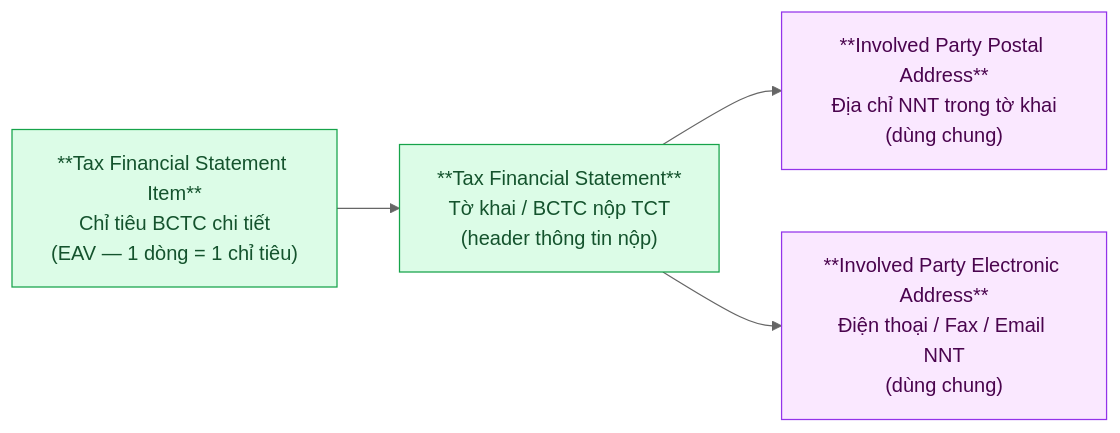
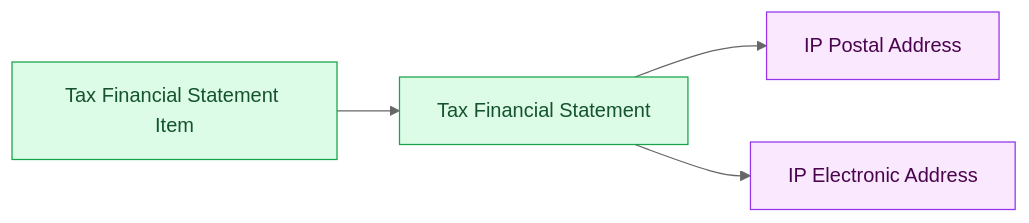
The fourth of 6 diagrams in Silver/hld/DCST_relationship_diagram.md (chien1198/ubck_atomic_design), drawn with Mermaid (neutral theme) before and after one commit. The commit also changed other lines of this file, not shown here.

````diff
--- a/Silver/hld/DCST_relationship_diagram.md
+++ b/Silver/hld/DCST_relationship_diagram.md
@@ -85,14 +87,14 @@
 ```mermaid
 graph LR
     classDef silver fill:#dcfce7,stroke:#16a34a,color:#14532d
     classDef shared fill:#fae8ff,stroke:#9333ea,color:#4a044e
 
-    TFS["**Tax Financial Statement**\nTờ khai / BCTC nộp TCT\n(header thông tin nộp)"]:::silver
-    TFSI["**Tax Financial Statement Item**\nChỉ tiêu BCTC chi tiết\n(EAV — 1 dòng = 1 chỉ tiêu)"]:::silver
-    ADDR2["**Involved Party Postal Address**\nĐịa chỉ NNT trong tờ khai\n(dùng chung)"]:::shared
-    EADDR2["**Involved Party Electronic Address**\nĐiện thoại / Fax / Email NNT\n(dùng chung)"]:::shared
+    TFS[Tax Financial Statement]:::silver
+    TFSI[Tax Financial Statement Item]:::silver
+    ADDR2[IP Postal Address]:::shared
+    EADDR2[IP Electronic Address]:::shared
 
     TFSI --> TFS
     TFS --> ADDR2
     TFS --> EADDR2
 ```
````
